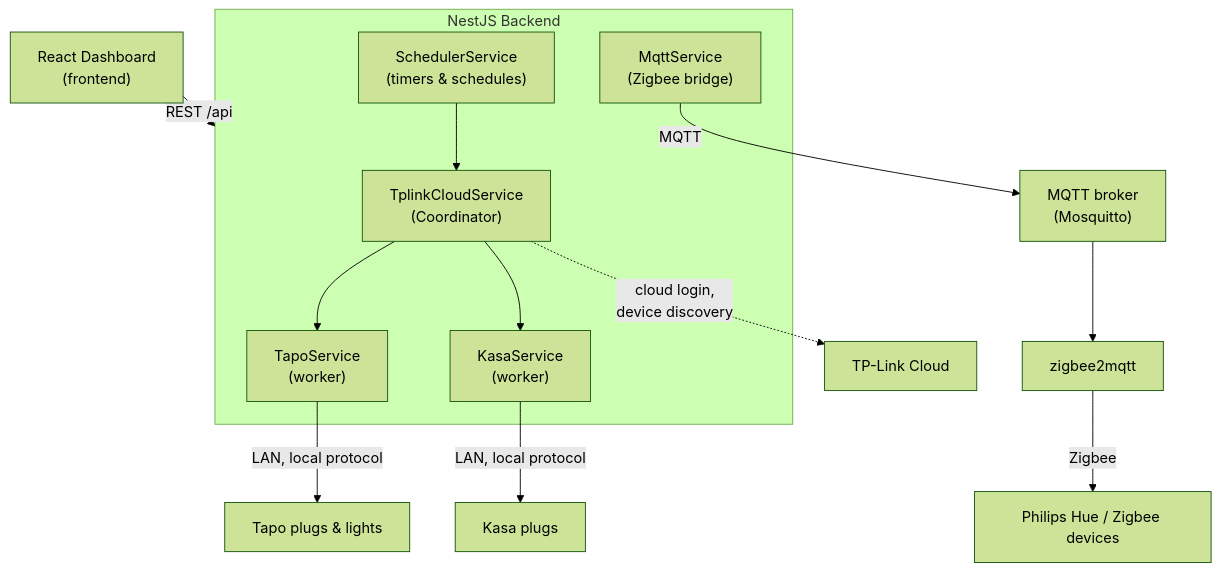
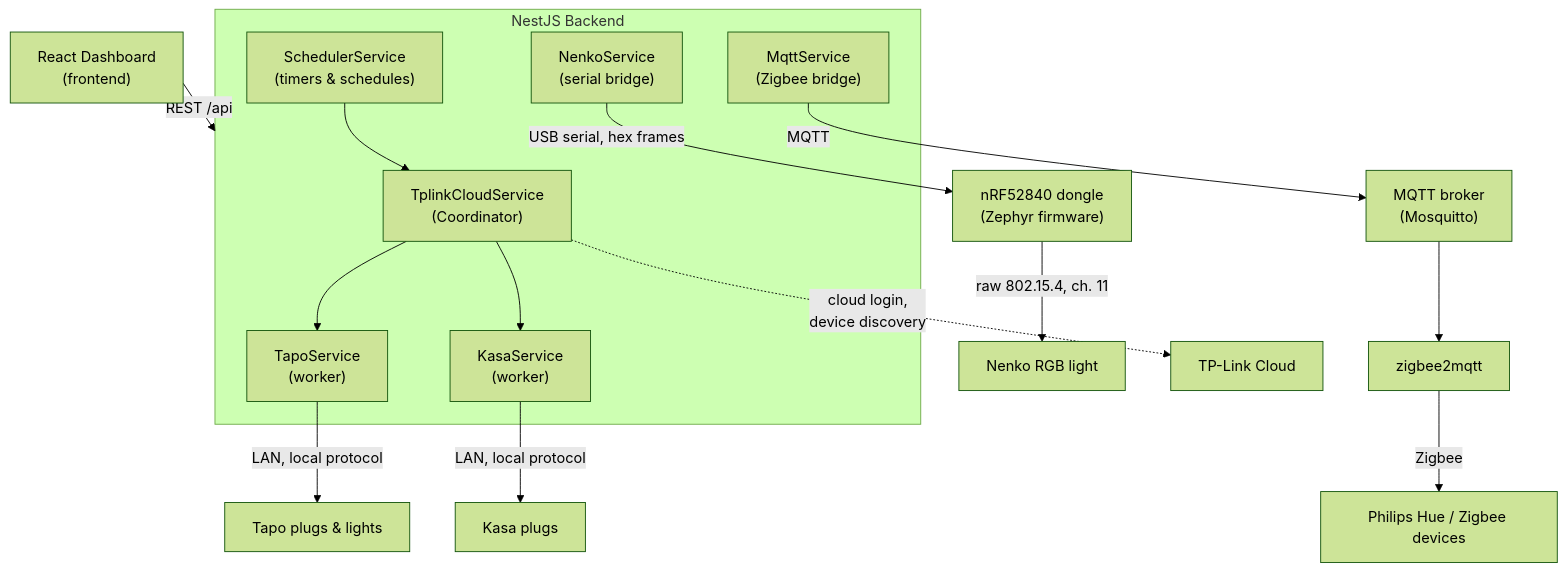
One commit to MattiaFerraris/DOMOS changed the diagram in README.md. Above: the diagram before and after it, drawn with Mermaid (forest theme). The commit also changed other lines of this file and 2 other files, not shown here.

````diff
--- a/README.md
+++ b/README.md
@@ -48,22 +50,25 @@
 ```mermaid
 flowchart TD
     UI["React Dashboard<br/>(frontend)"] -->|REST /api| API[NestJS Backend]
 
     subgraph API[NestJS Backend]
         COORD["TplinkCloudService<br/>(Coordinator)"]
         SCHED["SchedulerService<br/>(timers & schedules)"]
         MQTT["MqttService<br/>(Zigbee bridge)"]
+        NENKO["NenkoService<br/>(serial bridge)"]
         TAPO["TapoService<br/>(worker)"]
         KASA["KasaService<br/>(worker)"]
         COORD --> TAPO
         COORD --> KASA
         SCHED --> COORD
     end
 
     TAPO -->|LAN, local protocol| TapoDev["Tapo plugs & lights"]
     KASA -->|LAN, local protocol| KasaDev["Kasa plugs"]
     MQTT -->|MQTT| Broker["MQTT broker<br/>(Mosquitto)"]
     Broker --> Z2M["zigbee2mqtt"]
     Z2M -->|Zigbee| Hue["Philips Hue / Zigbee devices"]
+    NENKO -->|USB serial, hex frames| Dongle["nRF52840 dongle<br/>(Zephyr firmware)"]
+    Dongle -->|raw 802.15.4, ch. 11| NenkoDev["Nenko RGB light"]
     COORD -.->|cloud login,<br/>device discovery| Cloud["TP-Link Cloud"]
 ```
````
